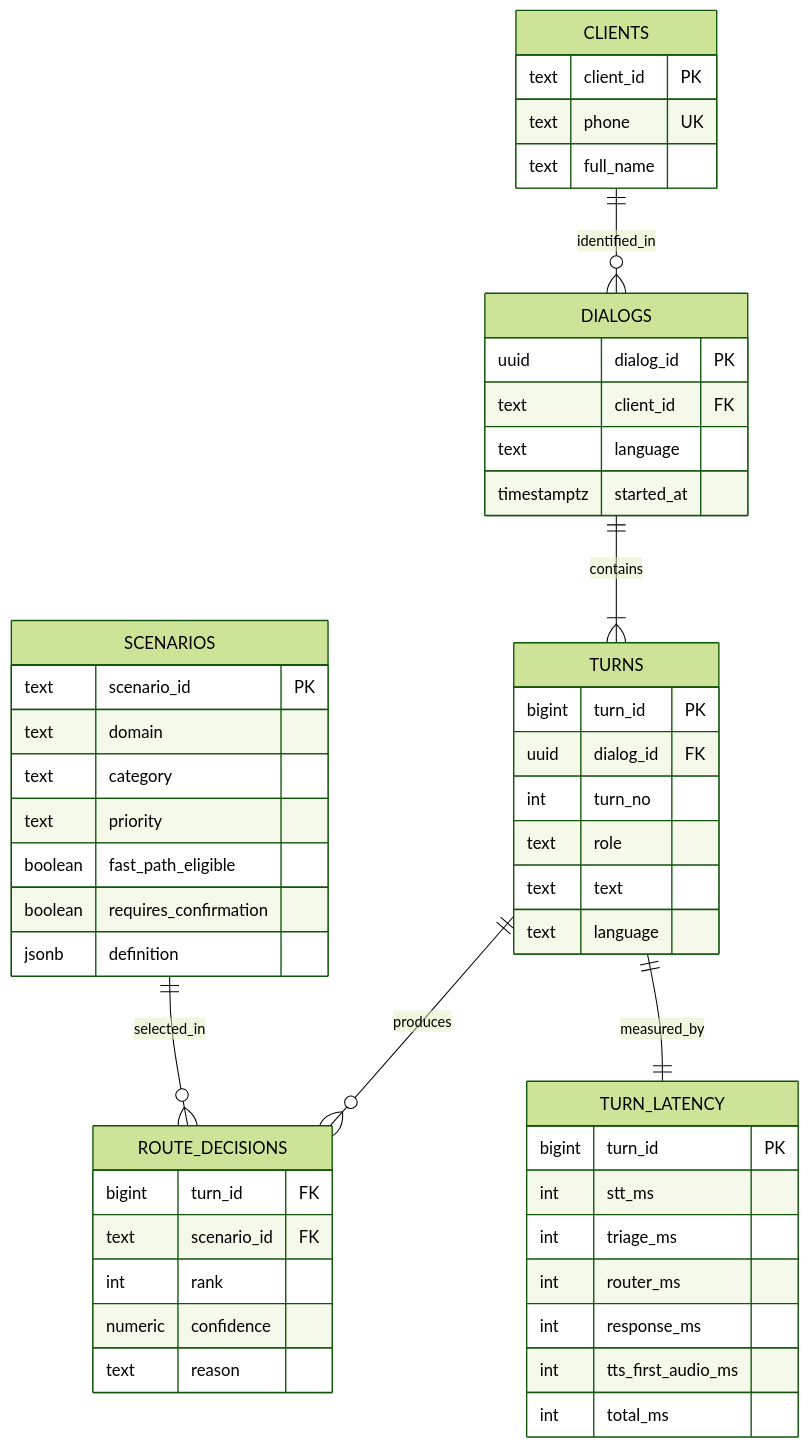
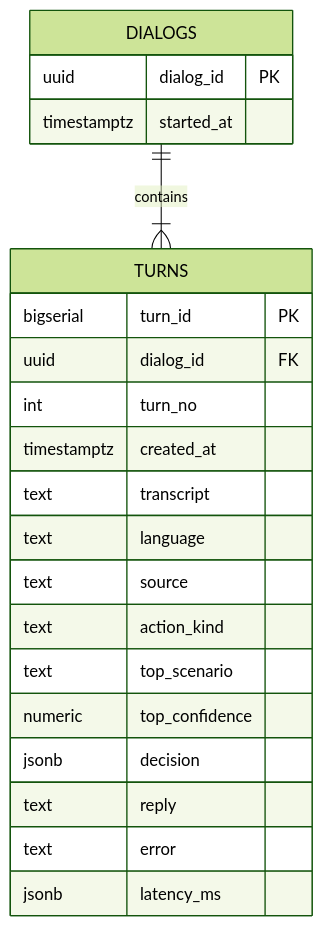
Before and after one commit to BAITC-Hacks/hack-5fefe2e0-iitu-spartans: the fifth of 5 diagrams in README.md, drawn with Mermaid (forest theme). The commit also changed other lines of this file and 7 other files, not shown here.

````diff
--- a/README.md
+++ b/README.md
@@ -164,52 +167,24 @@
 ```mermaid
 erDiagram
-    SCENARIOS ||--o{ ROUTE_DECISIONS : selected_in
     DIALOGS ||--|{ TURNS : contains
-    TURNS ||--o{ ROUTE_DECISIONS : produces
-    TURNS ||--|| TURN_LATENCY : measured_by
-    CLIENTS ||--o{ DIALOGS : identified_in
-    SCENARIOS {
-        text scenario_id PK
-        text domain
-        text category
-        text priority
-        boolean fast_path_eligible
-        boolean requires_confirmation
-        jsonb definition
-    }
-    CLIENTS {
-        text client_id PK
-        text phone UK
-        text full_name
-    }
     DIALOGS {
         uuid dialog_id PK
-        text client_id FK
-        text language
         timestamptz started_at
     }
     TURNS {
-        bigint turn_id PK
+        bigserial turn_id PK
         uuid dialog_id FK
         int turn_no
-        text role
-        text text
+        timestamptz created_at
+        text transcript
         text language
-    }
-    ROUTE_DECISIONS {
-        bigint turn_id FK
-        text scenario_id FK
-        int rank
-        numeric confidence
-        text reason
-    }
-    TURN_LATENCY {
-        bigint turn_id PK
-        int stt_ms
-        int triage_ms
-        int router_ms
-        int response_ms
-        int tts_first_audio_ms
-        int total_ms
+        text source
+        text action_kind
+        text top_scenario
+        numeric top_confidence
+        jsonb decision
+        text reply
+        text error
+        jsonb latency_ms
     }
 ```
````
